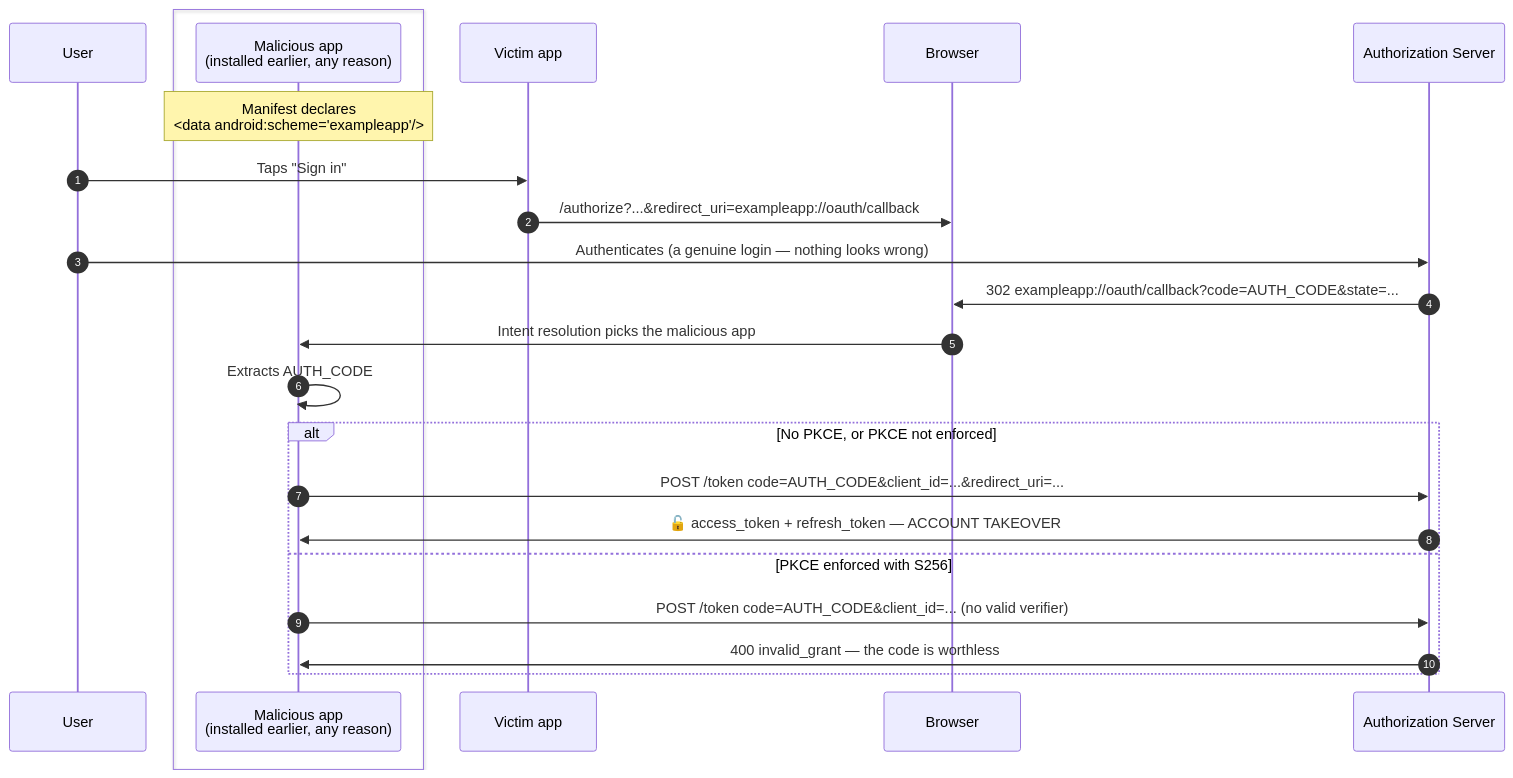
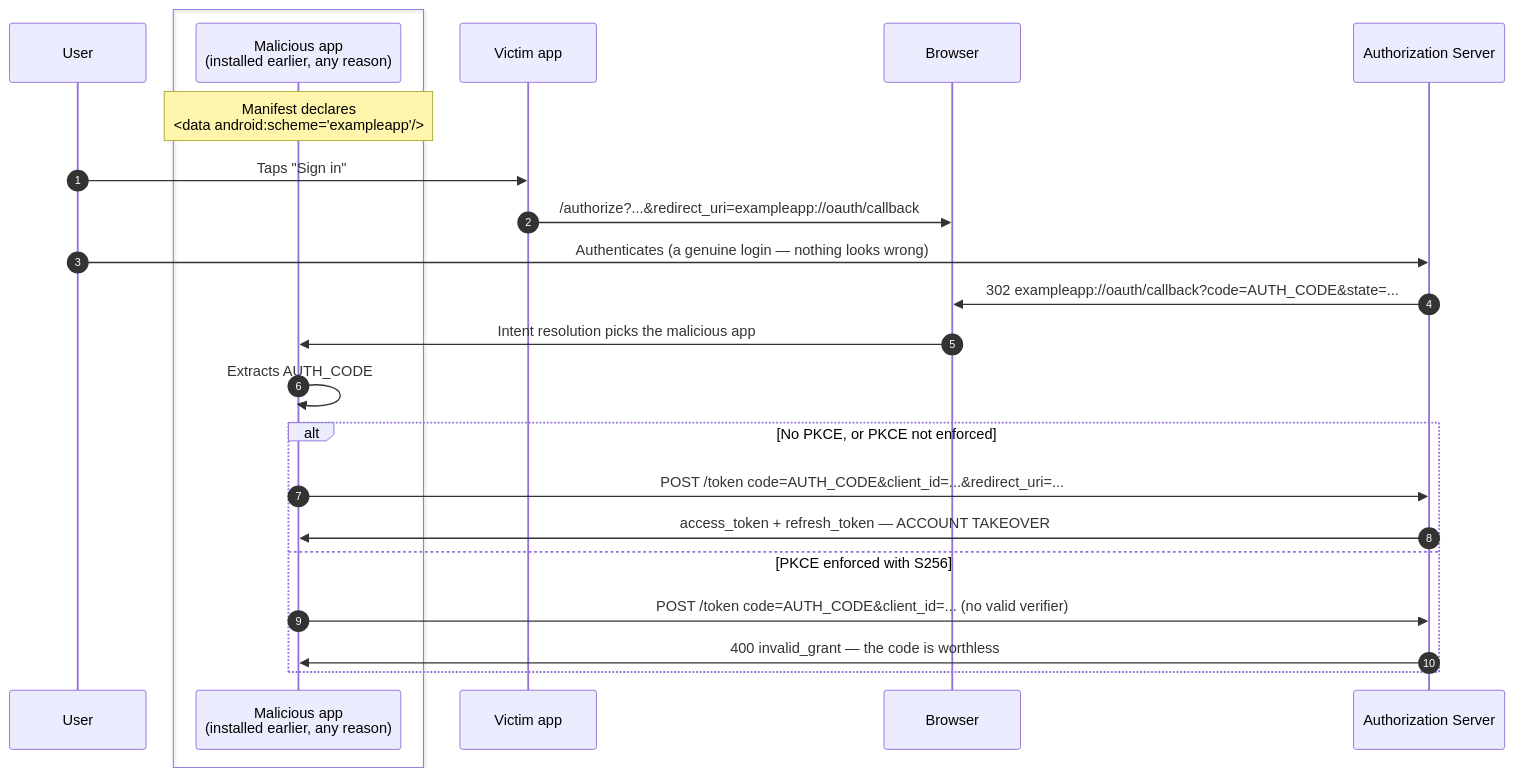
One commit to FlyPhantomFly/android-security-handbook changed diagram 14 of 22 in 45-OAuth/README.md. Above: the diagram before and after it, drawn with Mermaid. The commit also changed other lines of this file and 118 other files, not shown here.

````diff
--- a/45-OAuth/README.md
+++ b/45-OAuth/README.md
@@ -960,27 +960,27 @@
 ```mermaid
 sequenceDiagram
     autonumber
     participant U as User
     box #f9d0d0
     participant M as Malicious app<br/>(installed earlier, any reason)
     end
     participant V as Victim app
     participant B as Browser
     participant AS as Authorization Server
 
     Note over M: Manifest declares<br/><data android:scheme="exampleapp"/>
     U->>V: Taps "Sign in"
     V->>B: /authorize?...&redirect_uri=exampleapp://oauth/callback
     U->>AS: Authenticates (a genuine login — nothing looks wrong)
     AS->>B: 302 exampleapp://oauth/callback?code=AUTH_CODE&state=...
     B->>M: Intent resolution picks the malicious app
     M->>M: Extracts AUTH_CODE
     alt No PKCE, or PKCE not enforced
         M->>AS: POST /token code=AUTH_CODE&client_id=...&redirect_uri=...
-        AS->>M: 🔓 access_token + refresh_token — ACCOUNT TAKEOVER
+        AS->>M: access_token + refresh_token — ACCOUNT TAKEOVER
     else PKCE enforced with S256
         M->>AS: POST /token code=AUTH_CODE&client_id=... (no valid verifier)
         AS->>M: 400 invalid_grant — the code is worthless
     end
 
 ```
````
